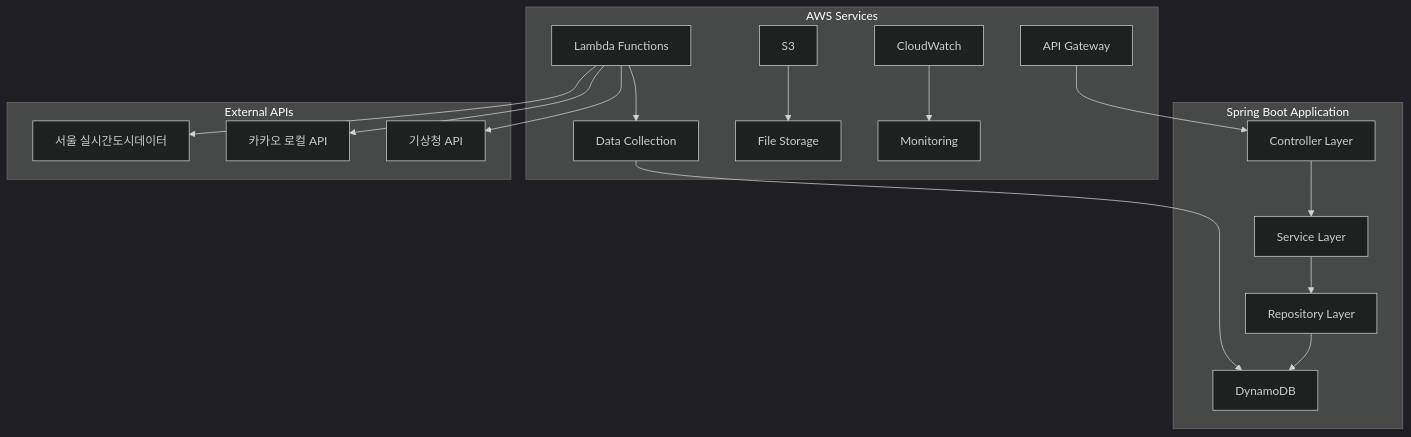
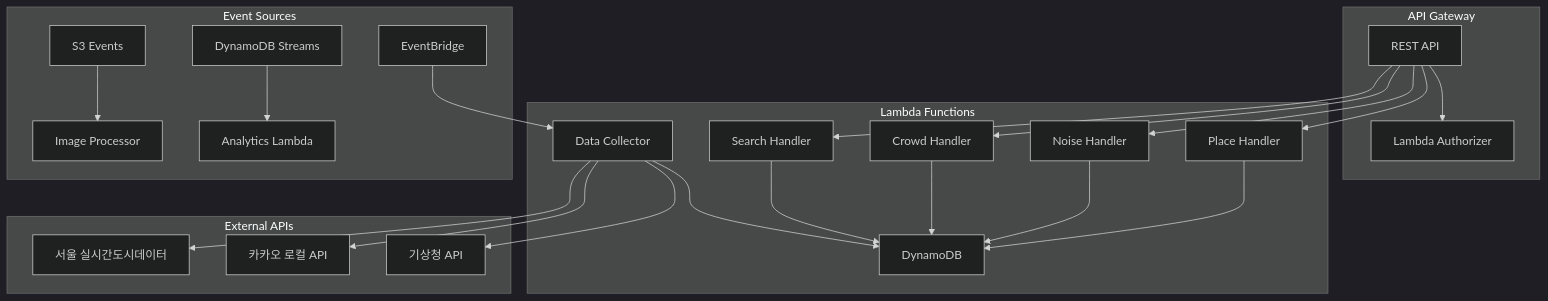
The first of 7 diagrams in backend/README.md (qurious-aws-hackathon/team22-aws-hackathon), drawn with Mermaid (dark theme) before and after one commit. The commit also changed other lines of this file and 2 other files, not shown here.

````diff
--- a/backend/README.md
+++ b/backend/README.md
@@ -5,26 +5,34 @@
 ```mermaid
 graph TB
-    subgraph "Spring Boot Application"
-        A[Controller Layer] --> B[Service Layer]
-        B --> C[Repository Layer]
-        C --> D[DynamoDB]
+    subgraph "API Gateway"
+        A[REST API] --> B[Lambda Authorizer]
     end
     
-    subgraph "AWS Services"
-        E[API Gateway] --> A
-        F[Lambda Functions] --> G[Data Collection]
-        G --> D
-        H[S3] --> I[File Storage]
-        J[CloudWatch] --> K[Monitoring]
+    subgraph "Lambda Functions"
+        C[Place Handler] --> D[DynamoDB]
+        E[Noise Handler] --> D
+        F[Crowd Handler] --> D
+        G[Search Handler] --> D
+        H[Data Collector] --> D
+    end
+    
+    subgraph "Event Sources"
+        I[EventBridge] --> H
+        J[S3 Events] --> K[Image Processor]
+        L[DynamoDB Streams] --> M[Analytics Lambda]
     end
     
     subgraph "External APIs"
-        L[서울 실시간도시데이터]
-        M[카카오 로컬 API]
-        N[기상청 API]
+        N[서울 실시간도시데이터]
+        O[카카오 로컬 API]
+        P[기상청 API]
     end
     
-    F --> L
-    F --> M
-    F --> N
+    A --> C
+    A --> E
+    A --> F
+    A --> G
+    H --> N
+    H --> O
+    H --> P
 ```
````
